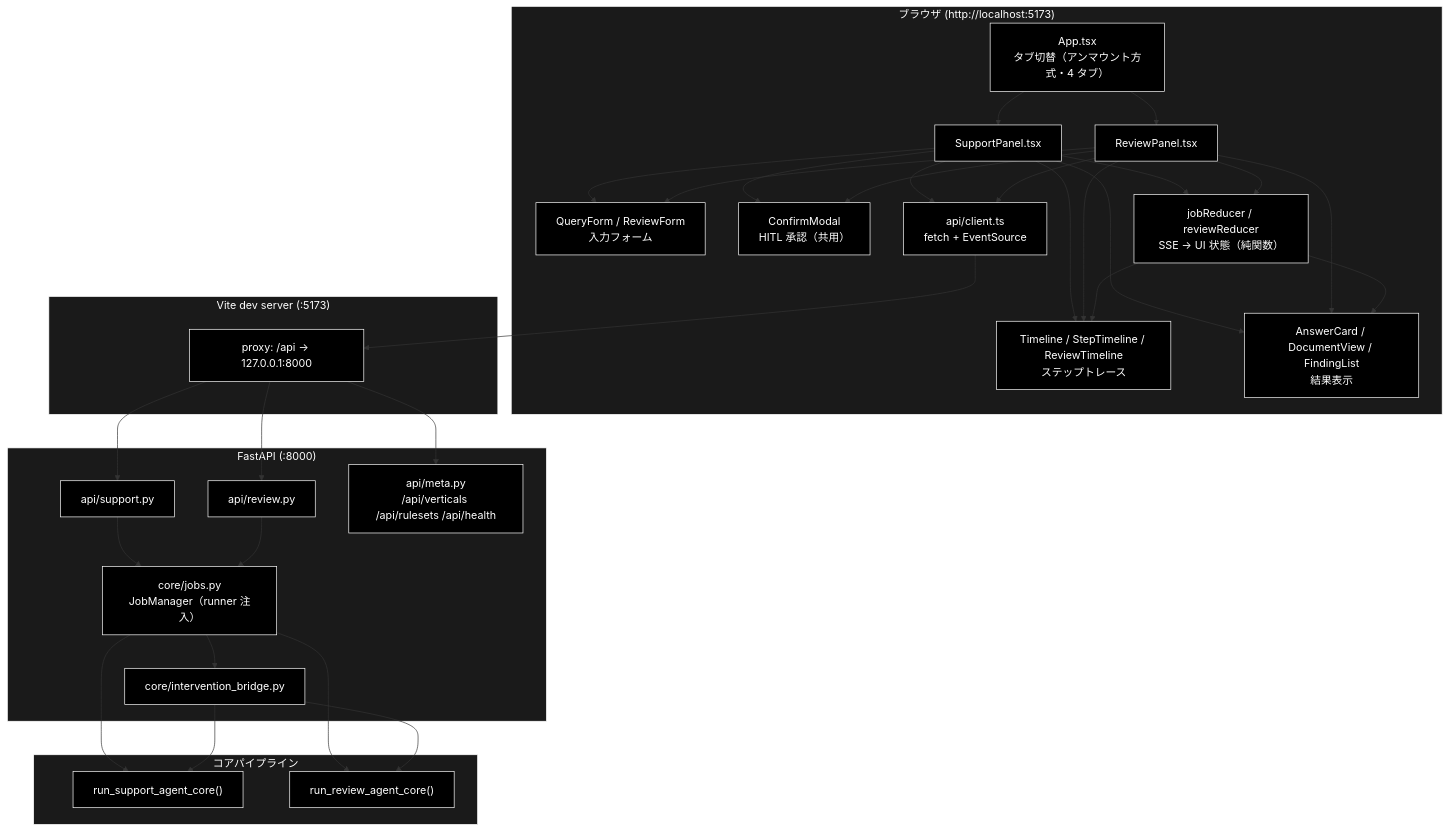
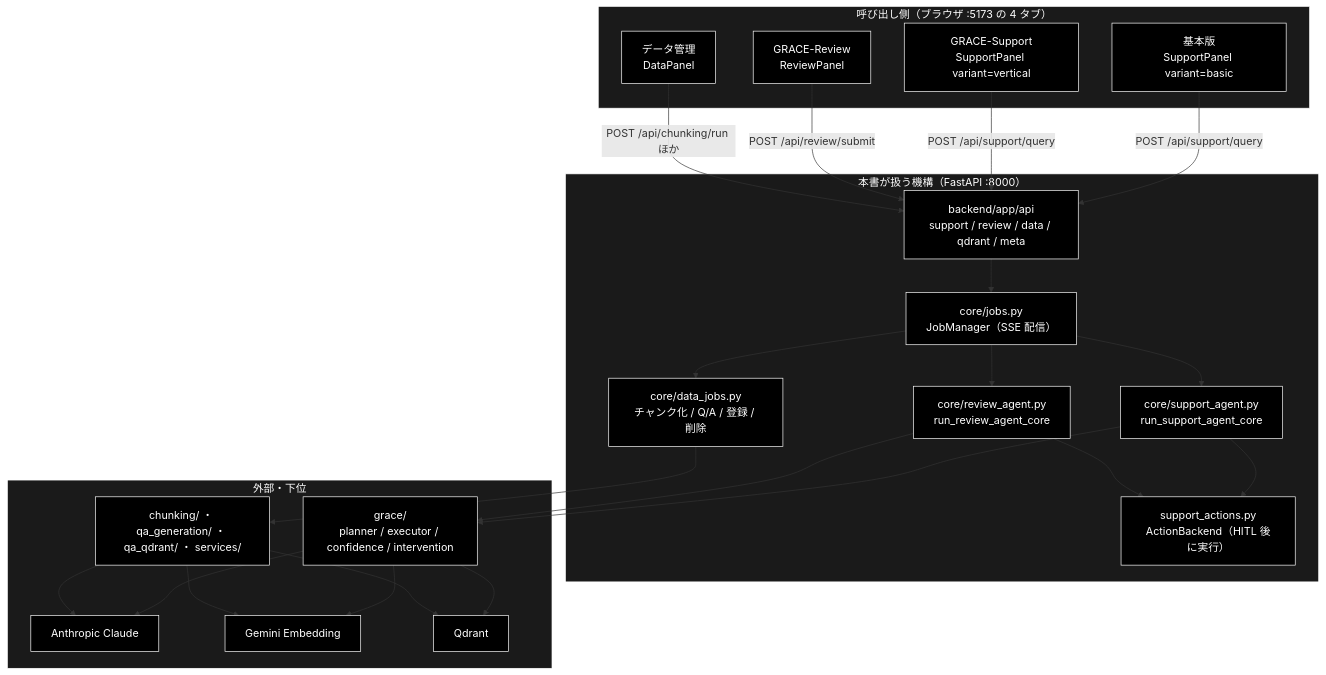
The first of 2 diagrams in README.md (nakashima2toshio/grace_v2), drawn with Mermaid before and after one commit. The commit also changed other lines of this file and 4 other files, not shown here.

````diff
--- a/README.md
+++ b/README.md
@@ -317,66 +85,49 @@
 ```mermaid
 flowchart TB
-    subgraph BROWSER["ブラウザ (http://localhost:5173)"]
-        APP["App.tsx<br>タブ切替（アンマウント方式・4 タブ）"]
-        SP["SupportPanel.tsx"]
-        RP["ReviewPanel.tsx"]
-        FORMS["QueryForm / ReviewForm<br>入力フォーム"]
-        TL["Timeline / StepTimeline / ReviewTimeline<br>ステップトレース"]
-        OUT["AnswerCard / DocumentView / FindingList<br>結果表示"]
-        MODAL["ConfirmModal<br>HITL 承認（共用）"]
-        RED["jobReducer / reviewReducer<br>SSE → UI 状態（純関数）"]
-        CLI["api/client.ts<br>fetch + EventSource"]
+    subgraph CALLER["呼び出し側（ブラウザ :5173 の 4 タブ）"]
+        T1["基本版<br>SupportPanel variant=basic"]
+        T2["GRACE-Support<br>SupportPanel variant=vertical"]
+        T3["GRACE-Review<br>ReviewPanel"]
+        T4["データ管理<br>DataPanel"]
     end
-
-    subgraph VITE["Vite dev server (:5173)"]
-        PROXY["proxy: /api → 127.0.0.1:8000"]
+    subgraph MECH["本書が扱う機構（FastAPI :8000）"]
+        API["backend/app/api<br>support / review / data / qdrant / meta"]
+        JOB["core/jobs.py<br>JobManager（SSE 配信）"]
+        SUP["core/support_agent.py<br>run_support_agent_core"]
+        REV["core/review_agent.py<br>run_review_agent_core"]
+        DATA["core/data_jobs.py<br>チャンク化 / Q/A / 登録 / 削除"]
+        ACT["support_actions.py<br>ActionBackend（HITL 後に実行）"]
     end
-
-    subgraph API["FastAPI (:8000)"]
-        SAPI["api/support.py"]
-        RAPI["api/review.py"]
-        META["api/meta.py<br>/api/verticals /api/rulesets /api/health"]
-        JOBS["core/jobs.py<br>JobManager（runner 注入）"]
-        BRIDGE["core/intervention_bridge.py"]
+    subgraph EXTERNAL["外部・下位"]
+        GRACE["grace/<br>planner / executor / confidence / intervention"]
+        PREP["chunking/ ・ qa_generation/ ・ qa_qdrant/ ・ services/"]
+        LLM["Anthropic Claude"]
+        EMB["Gemini Embedding"]
+        QD["Qdrant"]
     end
-
-    subgraph CORE["コアパイプライン"]
-        SAGENT["run_support_agent_core()"]
-        RAGENT["run_review_agent_core()"]
-    end
-
-    APP --> SP
-    APP --> RP
-    SP --> FORMS
-    RP --> FORMS
-    SP --> TL
-    RP --> TL
-    SP --> OUT
-    RP --> OUT
-    SP --> MODAL
-    RP --> MODAL
-    SP --> RED
-    RP --> RED
-    RED --> TL
-    RED --> OUT
-    SP --> CLI
-    RP --> CLI
-    CLI --> PROXY
-    PROXY --> SAPI
-    PROXY --> RAPI
-    PROXY --> META
-    SAPI --> JOBS
-    RAPI --> JOBS
-    JOBS --> BRIDGE
-    JOBS --> SAGENT
-    JOBS --> RAGENT
-    BRIDGE --> SAGENT
-    BRIDGE --> RAGENT
+    T1 -->|"POST /api/support/query"| API
+    T2 -->|"POST /api/support/query"| API
+    T3 -->|"POST /api/review/submit"| API
+    T4 -->|"POST /api/chunking/run ほか"| API
+    API --> JOB
+    JOB --> SUP
+    JOB --> REV
+    JOB --> DATA
+    SUP --> ACT
+    REV --> ACT
+    SUP --> GRACE
+    REV --> GRACE
+    DATA --> PREP
+    GRACE --> LLM
+    GRACE --> EMB
+    GRACE --> QD
+    PREP --> LLM
+    PREP --> EMB
+    PREP --> QD
 classDef default fill:#000,stroke:#fff,color:#fff
 classDef subgraphStyle fill:#1a1a1a,stroke:#fff,color:#fff
-class APP,SP,RP,FORMS,TL,OUT,MODAL,RED,CLI,PROXY,SAPI,RAPI,META,JOBS,BRIDGE,SAGENT,RAGENT default
-style BROWSER fill:#1a1a1a,stroke:#fff,color:#fff
-style VITE fill:#1a1a1a,stroke:#fff,color:#fff
-style API fill:#1a1a1a,stroke:#fff,color:#fff
-style CORE fill:#1a1a1a,stroke:#fff,color:#fff
+class T1,T2,T3,T4,API,JOB,SUP,REV,DATA,ACT,GRACE,PREP,LLM,EMB,QD default
+style CALLER fill:#1a1a1a,stroke:#fff,color:#fff
+style MECH fill:#1a1a1a,stroke:#fff,color:#fff
+style EXTERNAL fill:#1a1a1a,stroke:#fff,color:#fff
 ```
````
